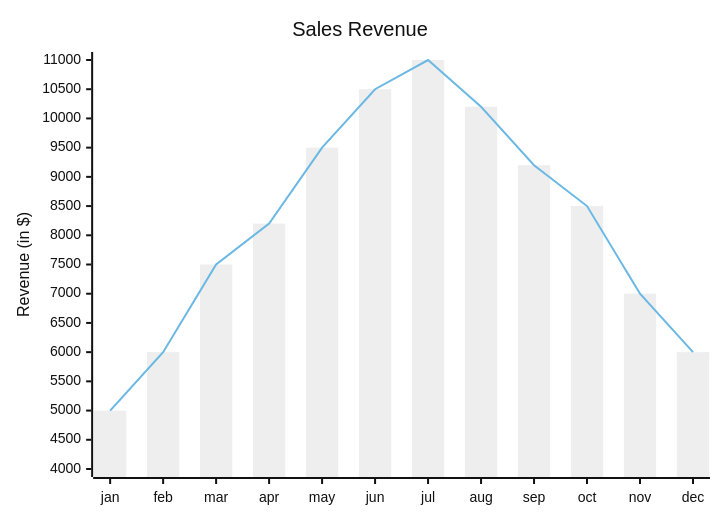
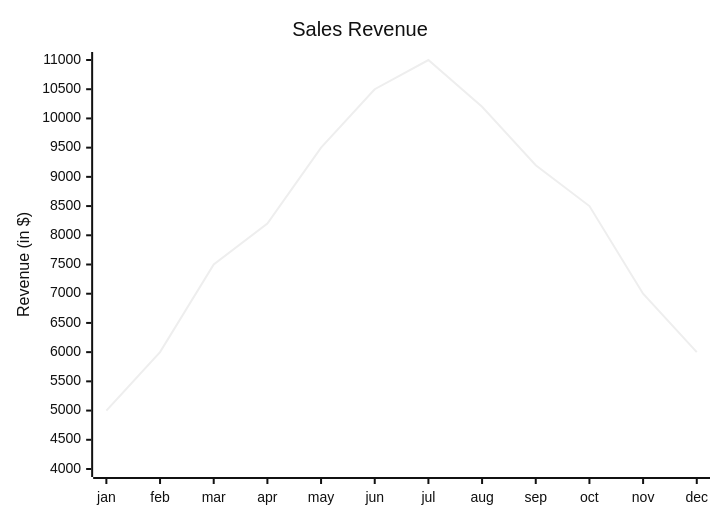
One commit to gormantec/openclaw_reports changed the first of 2 diagrams in reports/2026-02-27/USAGE_REPORT.md. Above: the diagram before and after it, drawn with Mermaid (neutral theme). The commit also changed other lines of this file, not shown here.

````diff
--- a/reports/2026-02-27/USAGE_REPORT.md
+++ b/reports/2026-02-27/USAGE_REPORT.md
@@ -21,9 +21,8 @@
 ```mermaid
 xychart
     title "Sales Revenue"
     x-axis [jan, feb, mar, apr, may, jun, jul, aug, sep, oct, nov, dec]
     y-axis "Revenue (in $)" 4000 --> 11000
-    bar [5000, 6000, 7500, 8200, 9500, 10500, 11000, 10200, 9200, 8500, 7000, 6000]
     line [5000, 6000, 7500, 8200, 9500, 10500, 11000, 10200, 9200, 8500, 7000, 6000]
 
 ```
````
